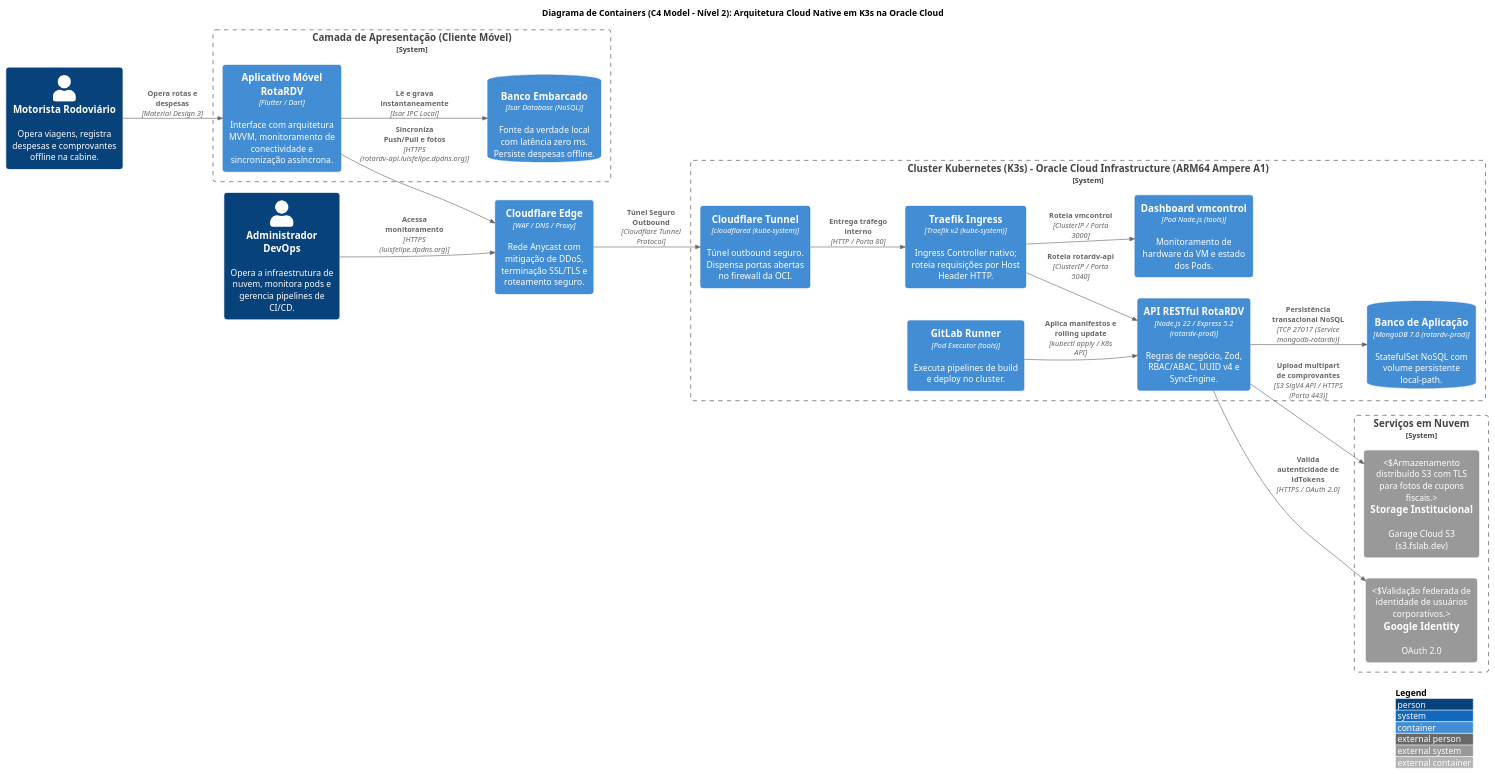
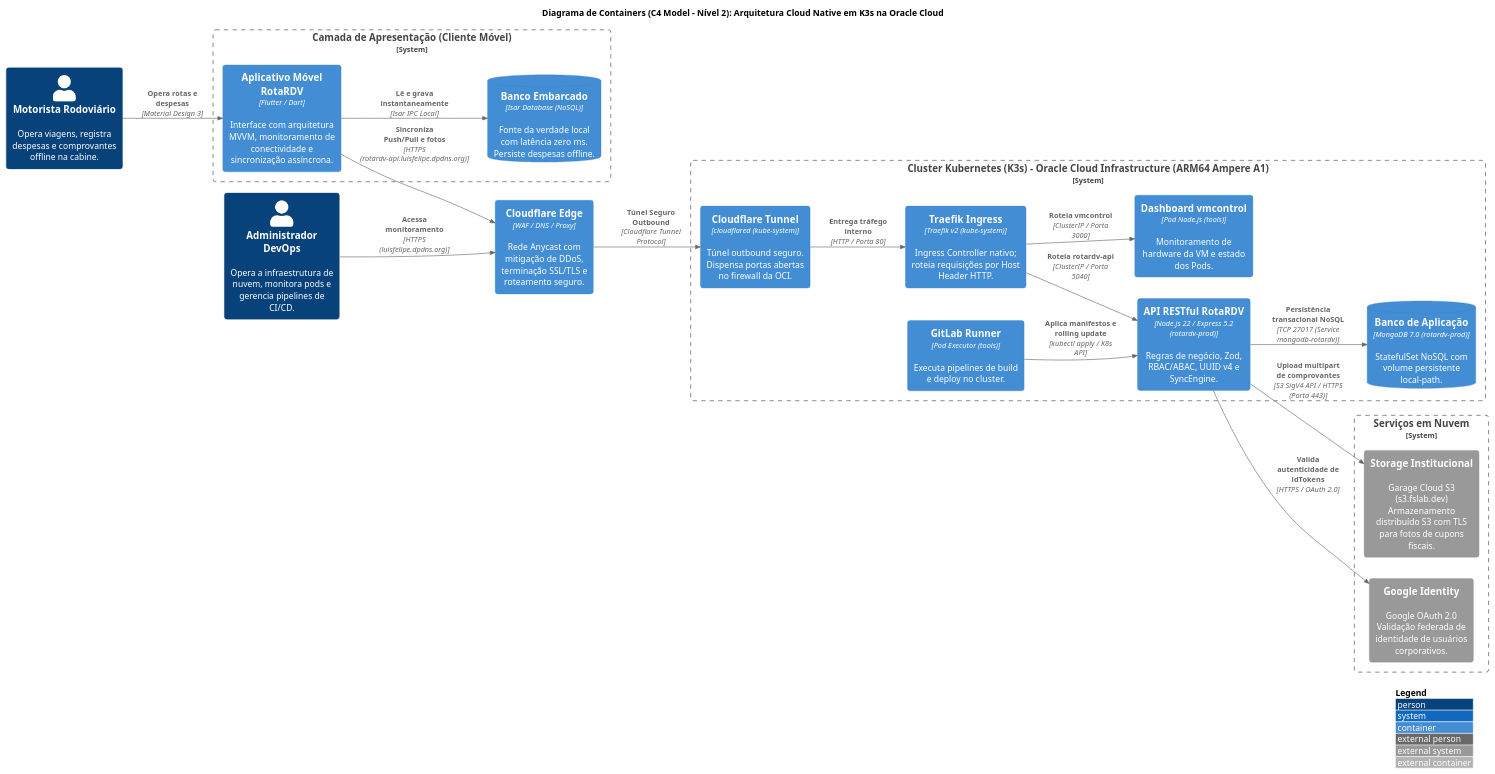
The diagram in documentacao/diagramas/containers/diagrama_containers.puml (Luisdevux/RotaRDV-API), drawn with PlantUML before and after one commit. The commit also changed 19 other files, not shown here.

Commit message:
docs(Diagrmas): Corrige alguns pontos nos diagramas para refletir corretamente a implementação

```diff
--- a/documentacao/diagramas/containers/diagrama_containers.puml
+++ b/documentacao/diagramas/containers/diagrama_containers.puml
@@ -1,63 +1,63 @@
 @startuml
 !include <C4/C4_Container>
 
 skinparam defaultFontName Arial
 skinparam roundCorner 8
 skinparam wrapWidth 180
 skinparam maxMessageSize 120
 skinparam shadowing false
 
 left to right direction
 LAYOUT_WITH_LEGEND()
 
 title **Diagrama de Containers (C4 Model - Nível 2): Arquitetura Cloud Native em K3s na Oracle Cloud**
 
 Person(motorista, "Motorista Rodoviário", "Opera viagens, registra despesas e comprovantes offline na cabine.")
 Person(superadmin, "Administrador DevOps", "Opera a infraestrutura de nuvem, monitora pods e gerencia pipelines de CI/CD.")
 
 System_Boundary(c_clients, "Camada de Apresentação (Cliente Móvel)") {
     Container(mobile_app, "Aplicativo Móvel RotaRDV", "Flutter / Dart", "Interface com arquitetura MVVM, monitoramento de conectividade e sincronização assíncrona.")
     ContainerDb(isar_db, "Banco Embarcado", "Isar Database (NoSQL)", "Fonte da verdade local com latência zero ms. Persiste despesas offline.")
 }
 
 Container(cf_edge, "Cloudflare Edge", "WAF / DNS / Proxy", "Rede Anycast com mitigação de DDoS, terminação SSL/TLS e roteamento seguro.")
 
 System_Boundary(c_k3s, "Cluster Kubernetes (K3s) - Oracle Cloud Infrastructure (ARM64 Ampere A1)") {
     Container(cf_tunnel, "Cloudflare Tunnel", "cloudflared (kube-system)", "Túnel outbound seguro. Dispensa portas abertas no firewall da OCI.")
     Container(traefik, "Traefik Ingress", "Traefik v2 (kube-system)", "Ingress Controller nativo; roteia requisições por Host Header HTTP.")
     Container(backend_api, "API RESTful RotaRDV", "Node.js 22 / Express 5.2 (rotardv-prod)", "Regras de negócio, Zod, RBAC/ABAC, UUID v4 e SyncEngine.")
     ContainerDb(mongodb, "Banco de Aplicação", "MongoDB 7.0 (rotardv-prod)", "StatefulSet NoSQL com volume persistente local-path.")
     Container(gitlab_runner, "GitLab Runner", "Pod Executor (tools)", "Executa pipelines de build e deploy no cluster.")
     Container(vmcontrol, "Dashboard vmcontrol", "Pod Node.js (tools)", "Monitoramento de hardware da VM e estado dos Pods.")
 }
 
 System_Boundary(c_externos, "Serviços em Nuvem") {
-    System_Ext(garage_s3, "Storage Institucional", "Garage Cloud S3 (s3.fslab.dev)", "Armazenamento distribuído S3 com TLS para fotos de cupons fiscais.")
-    System_Ext(google_auth, "Google Identity", "OAuth 2.0", "Validação federada de identidade de usuários corporativos.")
+    System_Ext(garage_s3, "Storage Institucional", "Garage Cloud S3 (s3.fslab.dev)\nArmazenamento distribuído S3 com TLS para fotos de cupons fiscais.")
+    System_Ext(google_auth, "Google Identity", "Google OAuth 2.0\nValidação federada de identidade de usuários corporativos.")
 }
 
 ' Conexões do Cliente Móvel
 Rel(motorista, mobile_app, "Opera rotas e despesas", "Material Design 3")
 Rel(mobile_app, isar_db, "Lê e grava instantaneamente", "Isar IPC Local")
 Rel(mobile_app, cf_edge, "Sincroniza Push/Pull e fotos", "HTTPS (rotardv-api.luisfelipe.dpdns.org)")
 
 ' Conexões de DevOps
 Rel(superadmin, cf_edge, "Acessa monitoramento", "HTTPS (luisfelipe.dpdns.org)")
 
 ' Borda para o Túnel e Ingress
 Rel(cf_edge, cf_tunnel, "Túnel Seguro Outbound", "Cloudflare Tunnel Protocol")
 Rel(cf_tunnel, traefik, "Entrega tráfego interno", "HTTP / Porta 80")
 
 ' Roteamento do Traefik
 Rel(traefik, backend_api, "Roteia rotardv-api", "ClusterIP / Porta 5040")
 Rel(traefik, vmcontrol, "Roteia vmcontrol", "ClusterIP / Porta 3000")
 
 ' Persistência e Serviços
 Rel(backend_api, mongodb, "Persistência transacional NoSQL", "TCP 27017 (Service mongodb-rotardv)")
 Rel(backend_api, garage_s3, "Upload multipart de comprovantes", "S3 SigV4 API / HTTPS (Porta 443)")
 Rel(backend_api, google_auth, "Valida autenticidade de idTokens", "HTTPS / OAuth 2.0")
 
 ' CI/CD
 Rel(gitlab_runner, backend_api, "Aplica manifestos e rolling update", "kubectl apply / K8s API")
 
 @enduml
```
